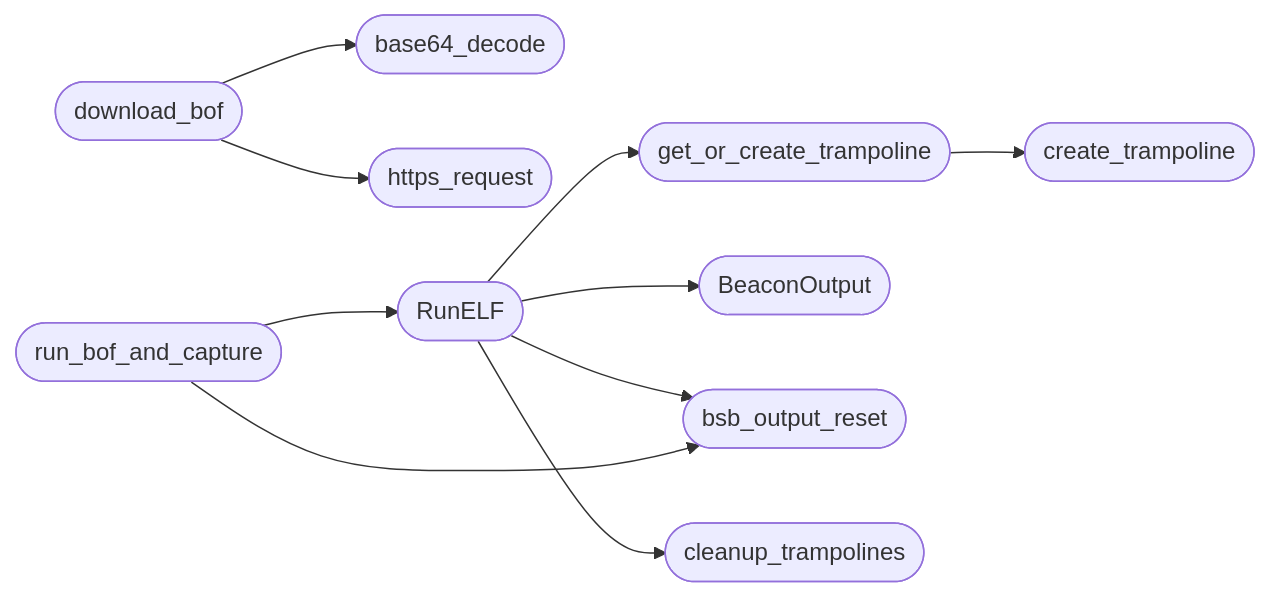
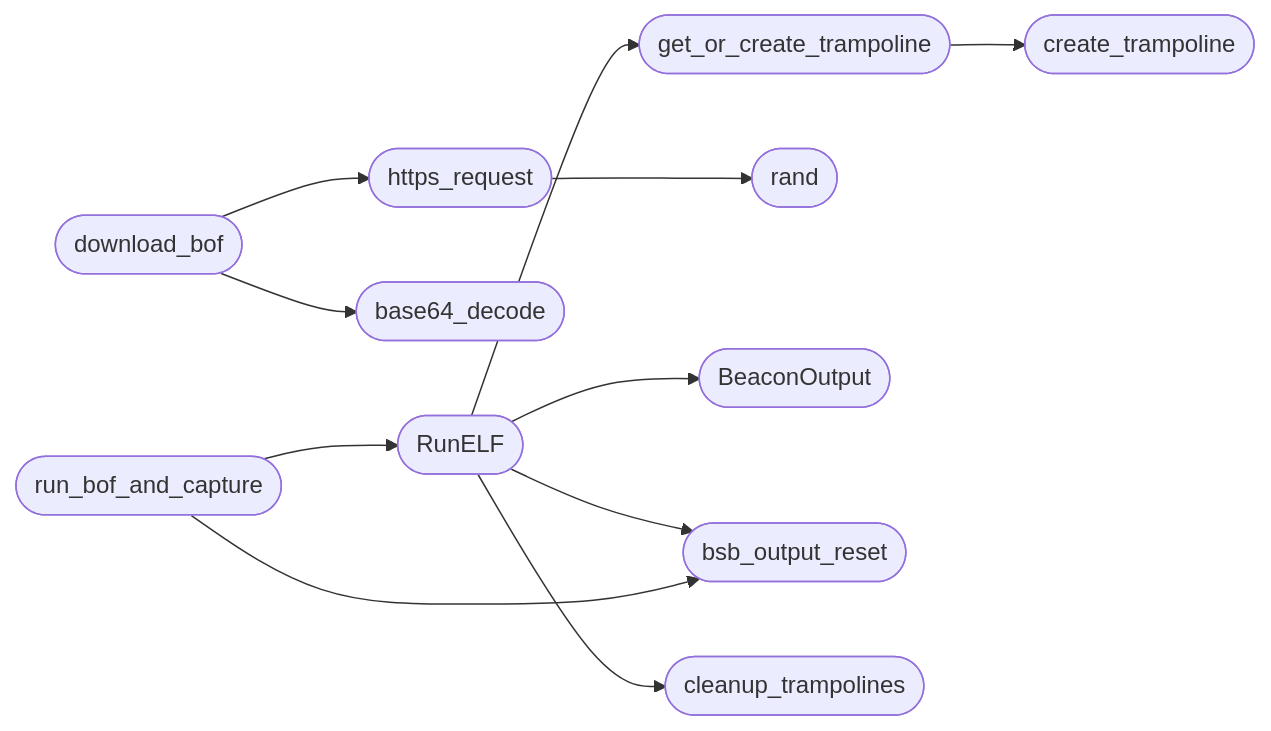
One commit to grisuno/blacksandbeacon changed the second of 2 diagrams in readmenator-apidocs/modules/include.beacon_common.c.md. Above: the diagram before and after it, drawn with Mermaid. The commit also changed other lines of this file and 119 other files, not shown here.

````diff
--- a/readmenator-apidocs/modules/include.beacon_common.c.md
+++ b/readmenator-apidocs/modules/include.beacon_common.c.md
@@ -26,22 +26,24 @@
 ```mermaid
 flowchart LR
     n_include_beacon_common_c__get_or_create_trampoline(["get_or_create_trampoline"])
     n_include_beacon_common_c__create_trampoline(["create_trampoline"])
+    n_include_beacon_common_c__https_request(["https_request"])
+    n_include_beacon_common_c__rand(["rand"])
     n_include_beacon_common_c__download_bof(["download_bof"])
     n_include_beacon_common_c__base64_decode(["base64_decode"])
-    n_include_beacon_common_c__https_request(["https_request"])
     n_include_beacon_common_c__RunELF(["RunELF"])
     n_include_beacon_common_c__BeaconOutput(["BeaconOutput"])
     n_include_beacon_common_c__bsb_output_reset(["bsb_output_reset"])
     n_include_beacon_common_c__cleanup_trampolines(["cleanup_trampolines"])
     n_include_beacon_common_c__run_bof_and_capture(["run_bof_and_capture"])
     n_include_beacon_common_c__get_or_create_trampoline --> n_include_beacon_common_c__create_trampoline
+    n_include_beacon_common_c__https_request --> n_include_beacon_common_c__rand
     n_include_beacon_common_c__download_bof --> n_include_beacon_common_c__base64_decode
     n_include_beacon_common_c__download_bof --> n_include_beacon_common_c__https_request
     n_include_beacon_common_c__RunELF --> n_include_beacon_common_c__BeaconOutput
     n_include_beacon_common_c__RunELF --> n_include_beacon_common_c__bsb_output_reset
     n_include_beacon_common_c__RunELF --> n_include_beacon_common_c__cleanup_trampolines
     n_include_beacon_common_c__RunELF --> n_include_beacon_common_c__get_or_create_trampoline
     n_include_beacon_common_c__run_bof_and_capture --> n_include_beacon_common_c__RunELF
     n_include_beacon_common_c__run_bof_and_capture --> n_include_beacon_common_c__bsb_output_reset
 ```
````
